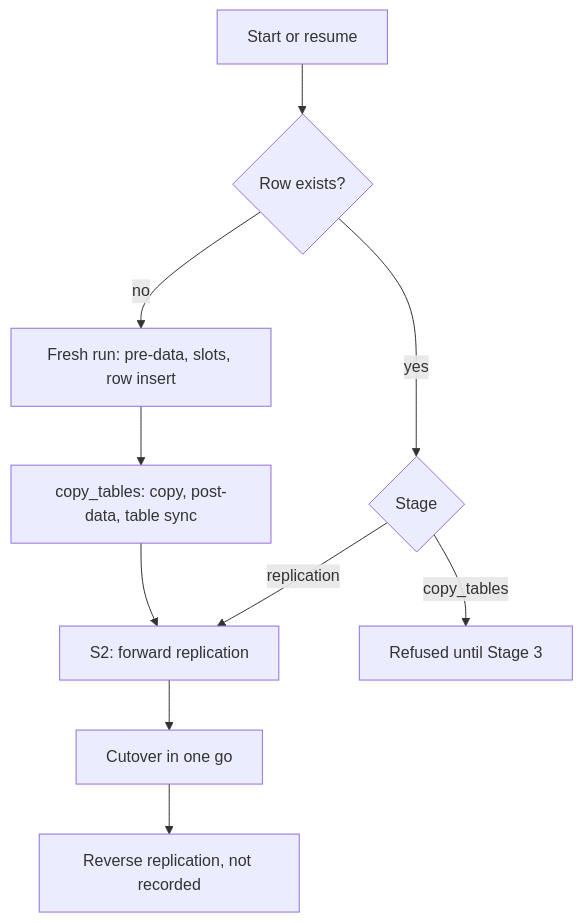
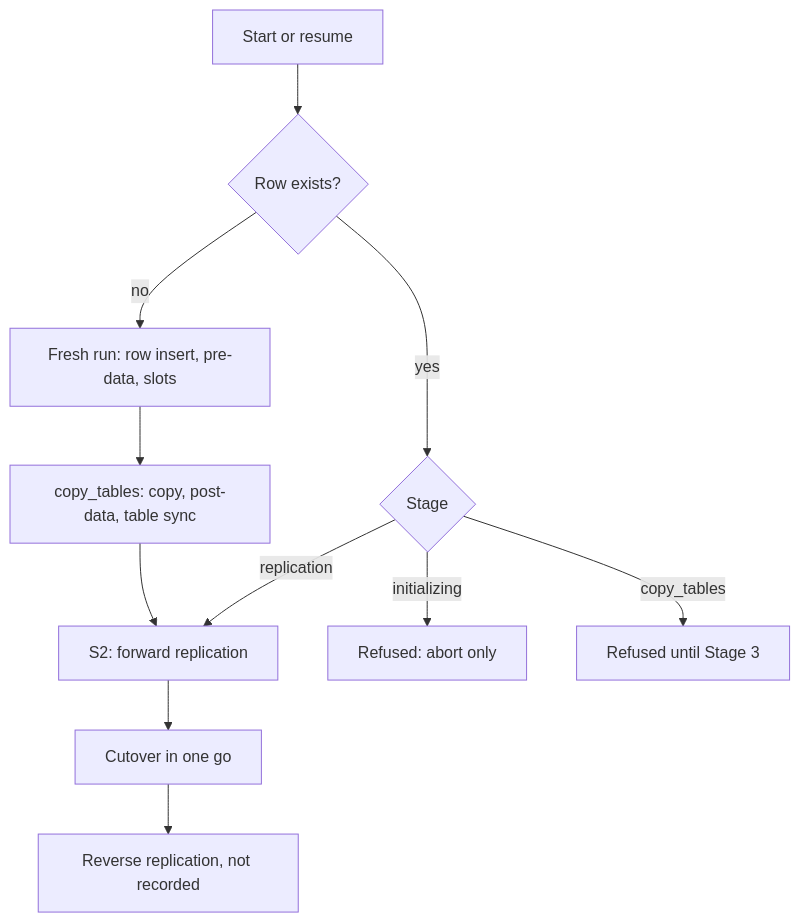
One commit to pgdogdev/pgdog changed the fifth of 6 diagrams in docs/RESUMABLE_RESHARDING.md. Above: the diagram before and after it, drawn with Mermaid. The commit also changed other lines of this file and 14 other files, not shown here.

````diff
--- a/docs/RESUMABLE_RESHARDING.md
+++ b/docs/RESUMABLE_RESHARDING.md
@@ -265,10 +265,11 @@
 ```mermaid
 flowchart TD
   A[Start or resume] --> B{Row exists?}
-  B -- no --> B1[Fresh run: pre-data, slots, row insert] --> C
+  B -- no --> B1[Fresh run: row insert, pre-data, slots] --> C
   B -- yes --> G{Stage}
   C[copy_tables: copy, post-data, table sync] --> G1
+  G -- initializing --> XI[Refused: abort only]
   G -- copy_tables --> X[Refused until Stage 3]
   G -- replication --> G1[S2: forward replication] --> H[Cutover in one go]
   H --> R[Reverse replication, not recorded]
 ```
````
